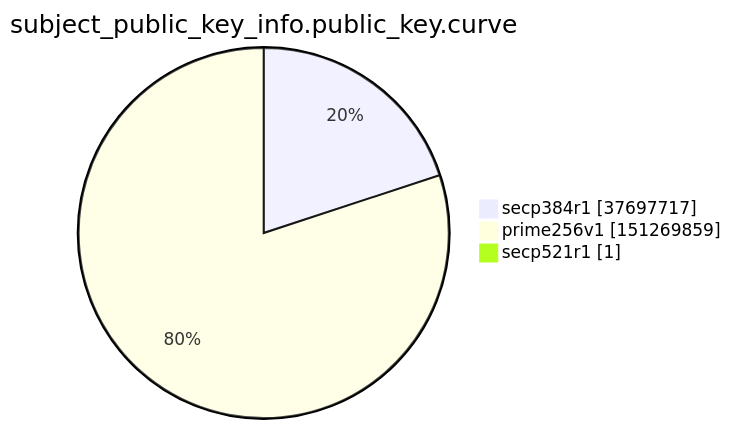
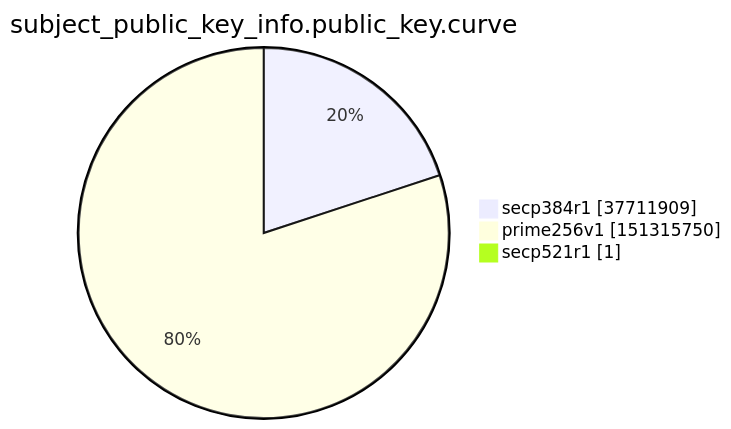
The ninth of 15 diagrams in xenon2022/README.md (christiankrug/ctmonitor_visualization), drawn with Mermaid before and after one commit. The commit also changed other lines of this file, not shown here.

````diff
--- a/xenon2022/README.md
+++ b/xenon2022/README.md
@@ -2859,7 +2859,7 @@
 ```mermaid
 pie showData
 title subject_public_key_info.public_key.curve
-"secp384r1" :37697717
-"prime256v1" :151269859
+"secp384r1" :37711909
+"prime256v1" :151315750
 "secp521r1" :1
 ```
````
